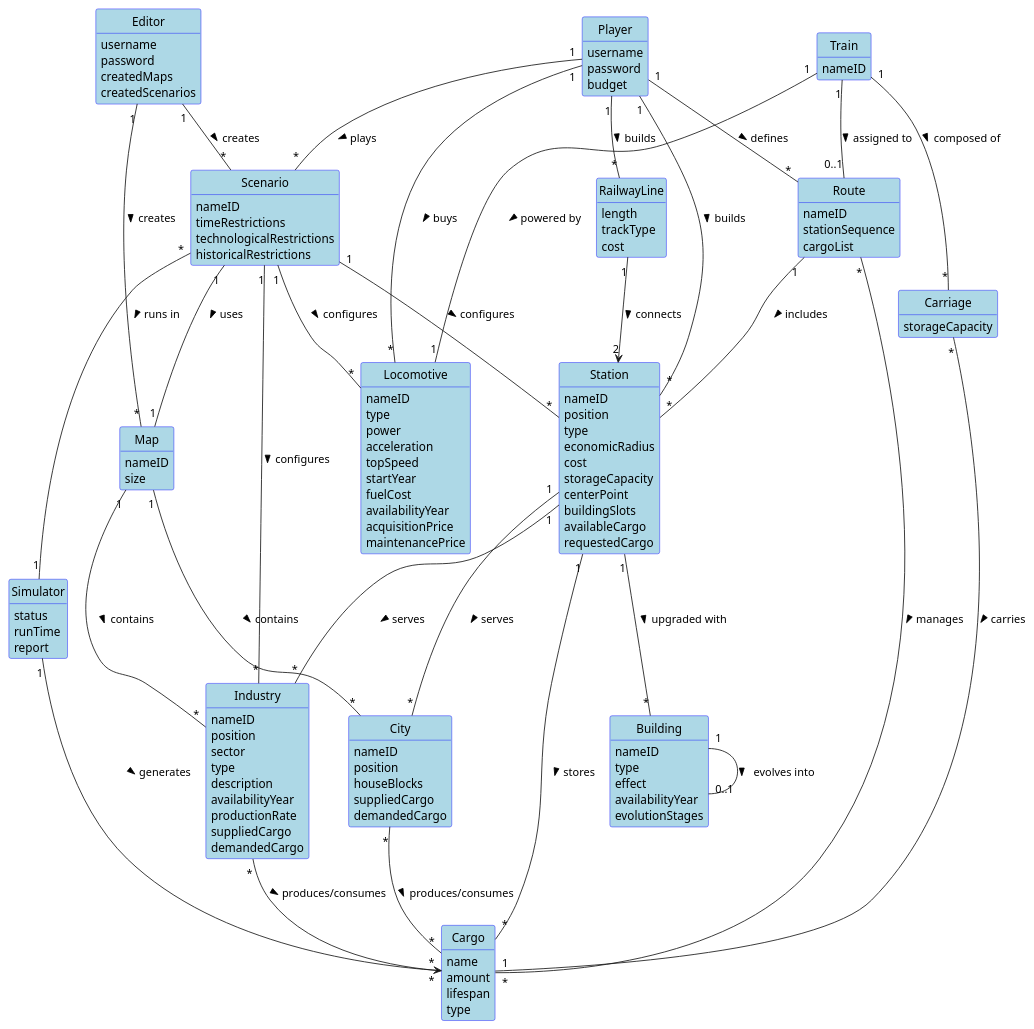
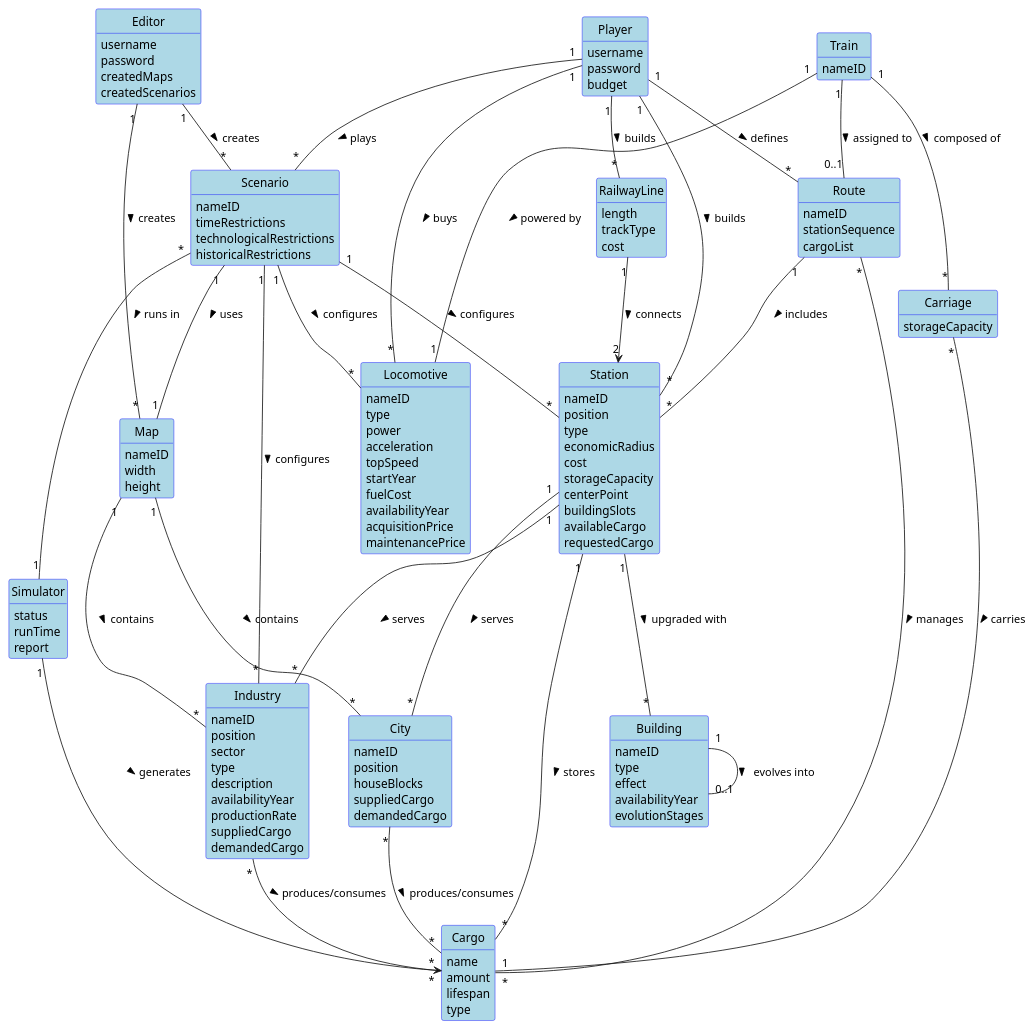
One commit to HenriqueSilva18/Railway-Network-Simulator changed the diagram in docs/system-documentation/global-artifacts/02.analysis/puml/DomainModel_ESOFT.puml. Above: the diagram before and after it, drawn with PlantUML. The commit also changed 6 other files, not shown here.

```diff
--- a/docs/system-documentation/global-artifacts/02.analysis/puml/DomainModel_ESOFT.puml
+++ b/docs/system-documentation/global-artifacts/02.analysis/puml/DomainModel_ESOFT.puml
@@ -1,162 +1,163 @@
 @startuml
 skinparam shadowing false
 skinparam classAttributeIconSize 0
 skinparam class {
   BackgroundColor LightBlue
   BorderColor Blue
 }
 skinparam enum {
   BackgroundColor LightBlue
   BorderColor Blue
 }
 hide circle
 hide methods
 
 class Player {
   username
   password
   budget
 }
 class Editor {
     username
     password
     createdMaps
     createdScenarios
 }
 class Map {
   nameID
-  size
+  width
+  height
 }
 class Scenario {
   nameID
   timeRestrictions
   technologicalRestrictions
   historicalRestrictions
 }
 class Simulator {
   status
   runTime
   report
 }
 class City {
   nameID
   position
   houseBlocks
   suppliedCargo
   demandedCargo
 }
 
 class Industry {
   nameID
   position
   sector
   type
   description
   availabilityYear
   productionRate
   suppliedCargo
   demandedCargo
 }
 
 
 class Cargo {
   name
   amount
   lifespan
   type
 }
 class Station {
   nameID
   position
   type
   economicRadius
   cost
   storageCapacity
   centerPoint
   buildingSlots
   availableCargo
   requestedCargo
 }
 class Building {
   nameID
   type
   effect
   availabilityYear
   evolutionStages
 }
 class RailwayLine {
   length
   trackType
   cost
 }
 class Locomotive {
   nameID
   type
   power
   acceleration
   topSpeed
   startYear
   fuelCost
   availabilityYear
   acquisitionPrice
   maintenancePrice
 }
 class Train {
   nameID
 }
 class Carriage {
   storageCapacity
 }
 class Route {
   nameID
   stationSequence
   cargoList
 }
 
 
 
 ' Relationships with revised multiplicities
 
 Editor "1" -- "*" Map : creates >
 Editor "1" -- "*" Scenario : creates >
 
 Scenario "1" -- "1" Map : uses >
 Player "1" -- "*" Scenario : plays >
 Scenario "*" -- "1" Simulator : runs in >
 
 Map "1" -- "*" City : contains >
 Map "1" -- "*" Industry : contains >
 
 Industry "*" -- "*" Cargo : produces/consumes >
 City "*" -- "*" Cargo : produces/consumes >
 
 Player "1" -- "*" Station : builds >
 Player "1" -- "*" RailwayLine : builds >
 Station "1" -- "*" Building : upgraded with >
 
 Station "1" -- "*" City : serves >
 Station "1" -- "*" Industry : serves >
 Station "1" -- "*" Cargo : stores >
 
 RailwayLine "1" --> "2" Station : connects >
 
 Player "1" -- "*" Locomotive : buys >
 Train "1" -- "1" Locomotive : powered by >
 Train "1" -- "*" Carriage : composed of >
 Carriage "*" -- "1" Cargo : carries >
 
 Train "1" -- "0..1" Route : assigned to >
 Route "1" -- "*" Station : includes >
 Route "*" -- "*" Cargo : manages >
 
 Scenario "1" -- "*" Locomotive : configures >
 Scenario "1" -- "*" Industry : configures >
 Scenario "1" -- "*" Station : configures >
 
 
 Building "1" -- "0..1" Building : evolves into >
 
 Player "1" -- "*" Route: defines >
 
 Simulator "1" --> "*" Cargo : generates >
 @enduml
```
